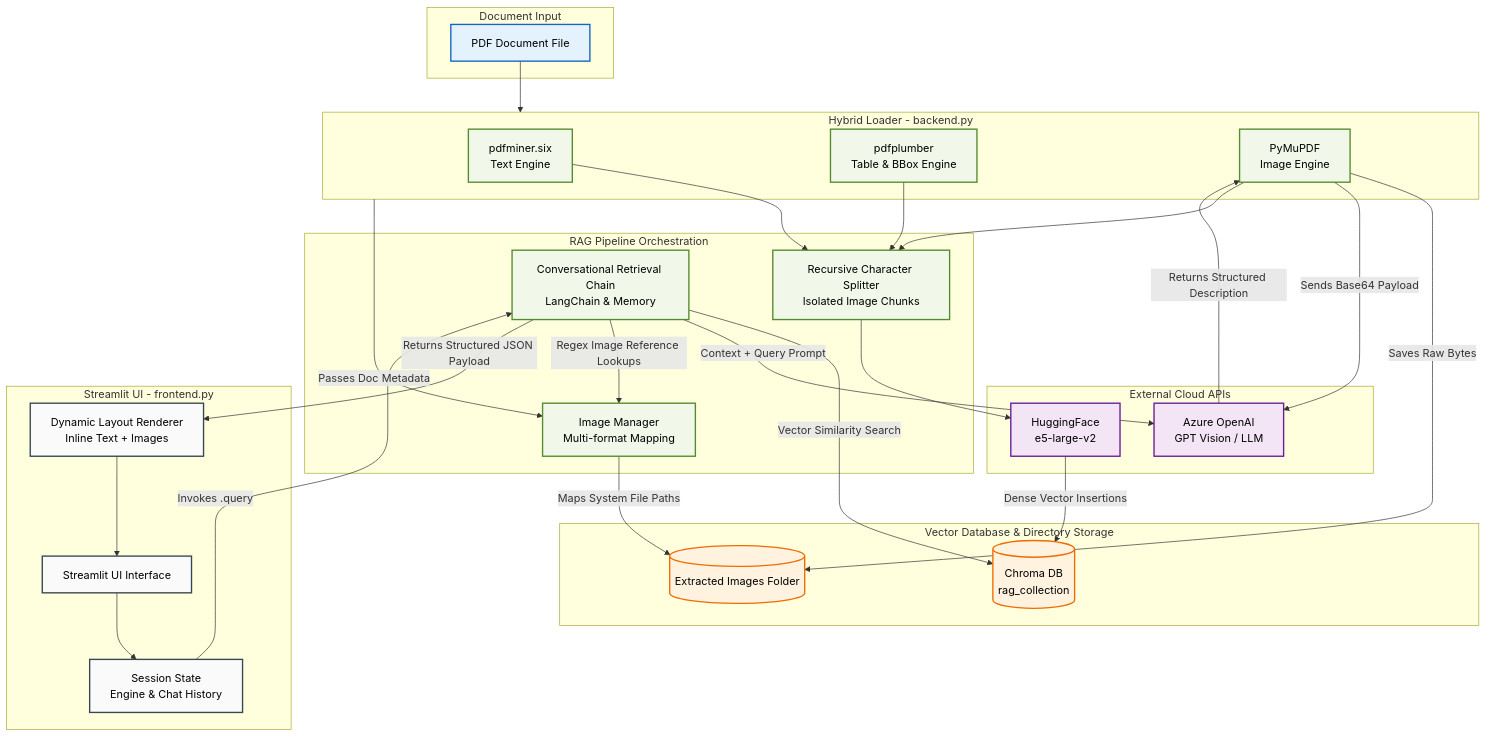
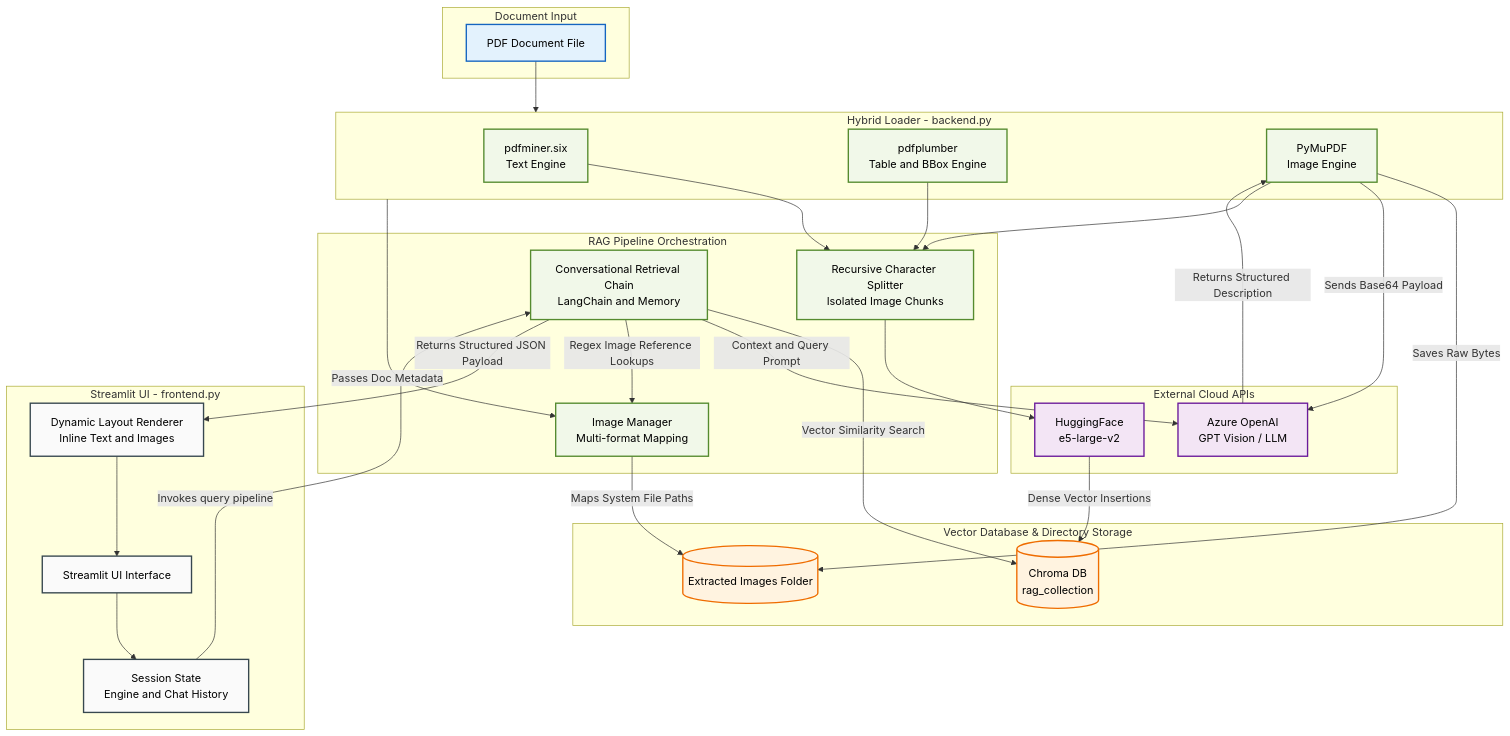
One commit to AadarshPandey/VisiRAG changed the diagram in README.md. Above: the diagram before and after it, drawn with Mermaid.

Commit message:
Update README.md for consistency in quotes

````diff
--- a/README.md
+++ b/README.md
@@ -27,83 +27,83 @@
 ```mermaid
 flowchart TD
     %% Styling configurations
     classDef inputStyle fill:#e3f2fd,stroke:#1565c0,stroke-width:2px,color:#000;
     classDef engineStyle fill:#f1f8e9,stroke:#558b2f,stroke-width:2px,color:#000;
     classDef storageStyle fill:#fff3e0,stroke:#ef6c00,stroke-width:2px,color:#000;
     classDef apiStyle fill:#f3e5f5,stroke:#6a1b9a,stroke-width:2px,color:#000;
     classDef uiStyle fill:#fafafa,stroke:#37474f,stroke-width:2px,color:#000;
 
     %% Data Input Tier
     subgraph Input_Tier [Document Input]
-        pdf[PDF Document File]
+        pdf["PDF Document File"]
     end
 
     %% Hybrid Loader Subgraph
     subgraph Loaders [Hybrid Loader - backend.py]
-        pdf_miner[pdfminer.six<br>Text Engine]
-        pdf_plumber[pdfplumber<br>Table & BBox Engine]
-        pymupdf[PyMuPDF<br>Image Engine]
+        pdf_miner["pdfminer.six<br>Text Engine"]
+        pdf_plumber["pdfplumber<br>Table and BBox Engine"]
+        pymupdf["PyMuPDF<br>Image Engine"]
     end
 
     %% Orchestration Pipeline Subgraph
     subgraph Orchestration [RAG Pipeline Orchestration]
-        splitter[Recursive Character Splitter<br>Isolated Image Chunks]
-        img_mgr[Image Manager<br>Multi-format Mapping]
-        retrieval_chain[Conversational Retrieval Chain<br>LangChain & Memory]
+        splitter["Recursive Character Splitter<br>Isolated Image Chunks"]
+        img_mgr["Image Manager<br>Multi-format Mapping"]
+        retrieval_chain["Conversational Retrieval Chain<br>LangChain and Memory"]
     end
 
     %% Storage & Artifacts Subgraph
     subgraph Storage [Vector Database & Directory Storage]
-        chroma_db[(Chroma DB<br>rag_collection)]
-        extracted_imgs[(Extracted Images Folder)]
+        chroma_db[("Chroma DB<br>rag_collection")]
+        extracted_imgs[("Extracted Images Folder")]
     end
 
     %% External Interfaces Subgraph
     subgraph External_APIs [External Cloud APIs]
-        azure_openai[Azure OpenAI<br>GPT Vision / LLM]
-        hf_embeddings[HuggingFace<br>e5-large-v2]
+        azure_openai["Azure OpenAI<br>GPT Vision / LLM"]
+        hf_embeddings["HuggingFace<br>e5-large-v2"]
     end
 
     %% Presentation Layer Subgraph
     subgraph Frontend [Streamlit UI - frontend.py]
-        st_ui[Streamlit UI Interface]
-        st_state[Session State<br>Engine & Chat History]
-        st_render[Dynamic Layout Renderer<br>Inline Text + Images]
+        st_ui["Streamlit UI Interface"]
+        st_state["Session State<br>Engine and Chat History"]
+        st_render["Dynamic Layout Renderer<br>Inline Text and Images"]
     end
 
     %% Execution and Processing Flows
     pdf --> Loaders
     
     pymupdf -->|Saves Raw Bytes| extracted_imgs
     pymupdf -->|Sends Base64 Payload| azure_openai
     azure_openai -->|Returns Structured Description| pymupdf
     
     pdf_miner --> splitter
     pdf_plumber --> splitter
     pymupdf --> splitter
     
     splitter --> hf_embeddings
     hf_embeddings -->|Dense Vector Insertions| chroma_db
     
     Loaders -->|Passes Doc Metadata| img_mgr
     img_mgr -->|Maps System File Paths| extracted_imgs
     
     %% User Query & Runtime Inference Flows
     st_ui --> st_state
-    st_state -->|Invokes .query| retrieval_chain
+    st_state -->|Invokes query pipeline| retrieval_chain
     
     retrieval_chain -->|Vector Similarity Search| chroma_db
-    retrieval_chain -->|Context + Query Prompt| azure_openai
+    retrieval_chain -->|Context and Query Prompt| azure_openai
     retrieval_chain -->|Regex Image Reference Lookups| img_mgr
     
     retrieval_chain -->|Returns Structured JSON Payload| st_render
     st_render --> st_ui
 
     %% Apply Styles
     class pdf inputStyle;
     class pdf_miner,pdf_plumber,pymupdf,splitter,img_mgr,retrieval_chain engineStyle;
     class chroma_db,extracted_imgs storageStyle;
     class azure_openai,hf_embeddings apiStyle;
     class st_ui,st_state,st_render uiStyle;
 
 ```
````
